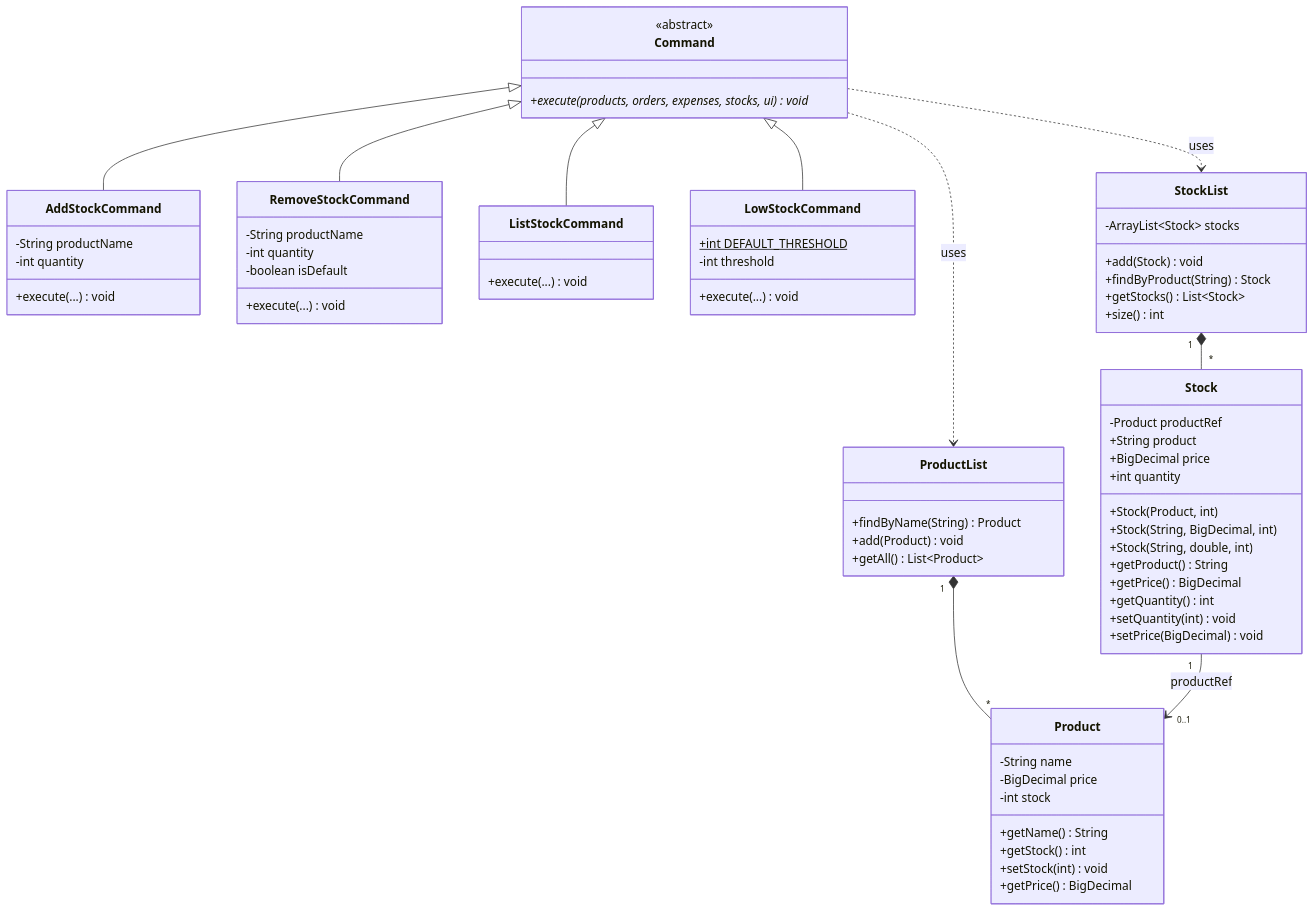
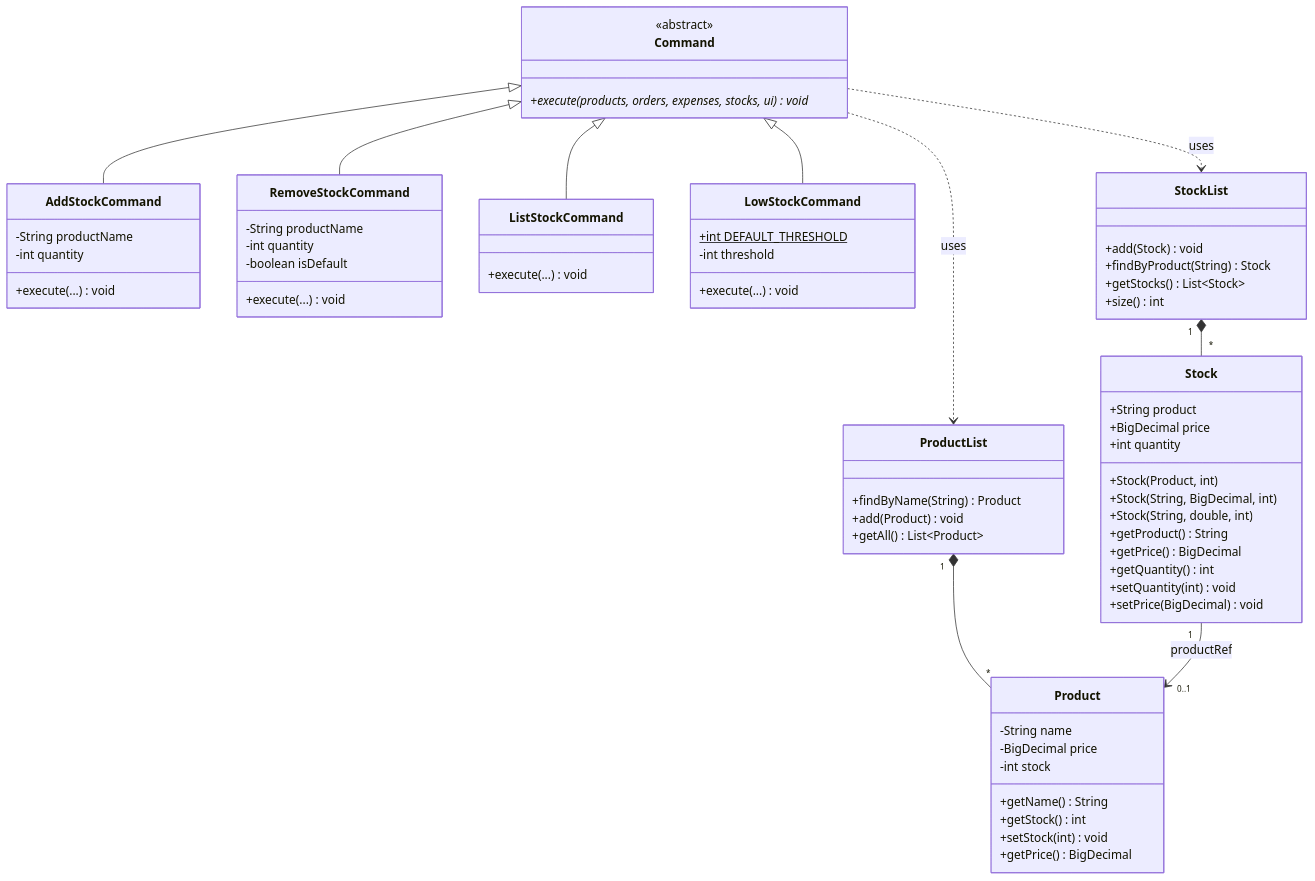
One commit to AY2627S1-CS2113-T11-1/tp changed the diagram in docs/diagrams/stock-class.mmd. Above: the diagram before and after it, drawn with Mermaid. The commit also changed 4 other files, not shown here.

```diff
--- a/docs/diagrams/stock-class.mmd
+++ b/docs/diagrams/stock-class.mmd
@@ -1,82 +1,80 @@
 %%{init: {"theme": "default", "class": {"curve": "linear"}}}%%
 classDiagram
     direction TB
 
     class Command {
         <<abstract>>
         +execute(products, orders, expenses, stocks, ui)* void
     }
 
     class AddStockCommand {
         -String productName
         -int quantity
         +execute(...) void
     }
 
     class RemoveStockCommand {
         -String productName
         -int quantity
         -boolean isDefault
         +execute(...) void
     }
 
     class ListStockCommand {
         +execute(...) void
     }
 
     class LowStockCommand {
         +int DEFAULT_THRESHOLD$
         -int threshold
         +execute(...) void
     }
 
     class StockList {
-        -ArrayList~Stock~ stocks
         +add(Stock) void
         +findByProduct(String) Stock
         +getStocks() List~Stock~
         +size() int
     }
 
     class Stock {
-        -Product productRef
         +String product
         +BigDecimal price
         +int quantity
         +Stock(Product, int)
         +Stock(String, BigDecimal, int)
         +Stock(String, double, int)
         +getProduct() String
         +getPrice() BigDecimal
         +getQuantity() int
         +setQuantity(int) void
         +setPrice(BigDecimal) void
     }
 
     class ProductList {
         +findByName(String) Product
         +add(Product) void
         +getAll() List~Product~
     }
 
     class Product {
         -String name
         -BigDecimal price
         -int stock
         +getName() String
         +getStock() int
         +setStock(int) void
         +getPrice() BigDecimal
     }
 
     Command <|-- AddStockCommand
     Command <|-- RemoveStockCommand
     Command <|-- ListStockCommand
     Command <|-- LowStockCommand
 
     Command ..> StockList : uses
     Command ..> ProductList : uses
 
     StockList "1" *-- "*" Stock
     ProductList "1" *-- "*" Product
     Stock "1" --> "0..1" Product : productRef
```
